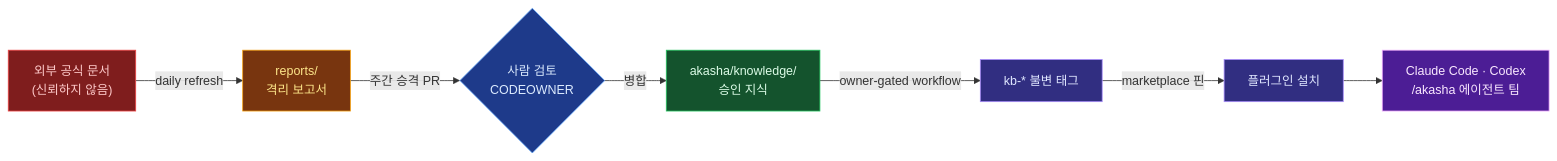
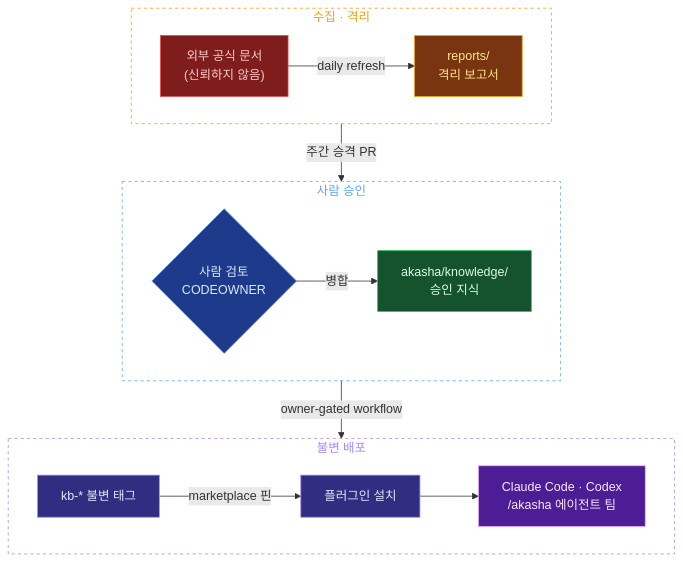
One commit to NeatKYU/akasha changed the diagram in README.md. Above: the diagram before and after it, drawn with Mermaid.

Commit message:
🎨 문서: 신뢰 경계 다이어그램을 3단 구성으로 재배치
한 줄 LR 흐름을 수집·격리 / 사람 승인 / 불변 배포 세 subgraph로 나눠 세로로
쌓고, 단계 경계를 점선 테두리로 표시한다.

````diff
--- a/README.md
+++ b/README.md
@@ -27,17 +27,31 @@
 ```mermaid
-flowchart LR
-    E["외부 공식 문서<br/>(신뢰하지 않음)"] -->|daily refresh| Q["reports/<br/>격리 보고서"]
-    Q -->|주간 승격 PR| R{"사람 검토<br/>CODEOWNER"}
-    R -->|병합| M["akasha/knowledge/<br/>승인 지식"]
-    M -->|owner-gated workflow| T["kb-* 불변 태그"]
-    T -->|marketplace 핀| I["플러그인 설치"]
-    I --> A["Claude Code · Codex<br/>/akasha 에이전트 팀"]
+flowchart TD
+    subgraph S1["수집 · 격리"]
+        direction LR
+        E["외부 공식 문서<br/>(신뢰하지 않음)"] -->|daily refresh| Q["reports/<br/>격리 보고서"]
+    end
+
+    subgraph S2["사람 승인"]
+        direction LR
+        R{"사람 검토<br/>CODEOWNER"} -->|병합| M["akasha/knowledge/<br/>승인 지식"]
+    end
+
+    subgraph S3["불변 배포"]
+        direction LR
+        T["kb-* 불변 태그"] -->|marketplace 핀| I["플러그인 설치"] --> A["Claude Code · Codex<br/>/akasha 에이전트 팀"]
+    end
+
+    Q -->|주간 승격 PR| R
+    M -->|owner-gated workflow| T
 
     style E fill:#7f1d1d,stroke:#ef4444,color:#fecaca
     style Q fill:#78350f,stroke:#f59e0b,color:#fde68a
     style R fill:#1e3a8a,stroke:#60a5fa,color:#dbeafe
     style M fill:#14532d,stroke:#22c55e,color:#dcfce7
     style T fill:#312e81,stroke:#a78bfa,color:#e0e7ff
     style I fill:#312e81,stroke:#a78bfa,color:#e0e7ff
     style A fill:#4c1d95,stroke:#f0abfc,color:#fae8ff
+    style S1 fill:transparent,stroke:#f59e0b,stroke-dasharray:4 4,color:#f59e0b
+    style S2 fill:transparent,stroke:#60a5fa,stroke-dasharray:4 4,color:#60a5fa
+    style S3 fill:transparent,stroke:#a78bfa,stroke-dasharray:4 4,color:#a78bfa
 ```
````
